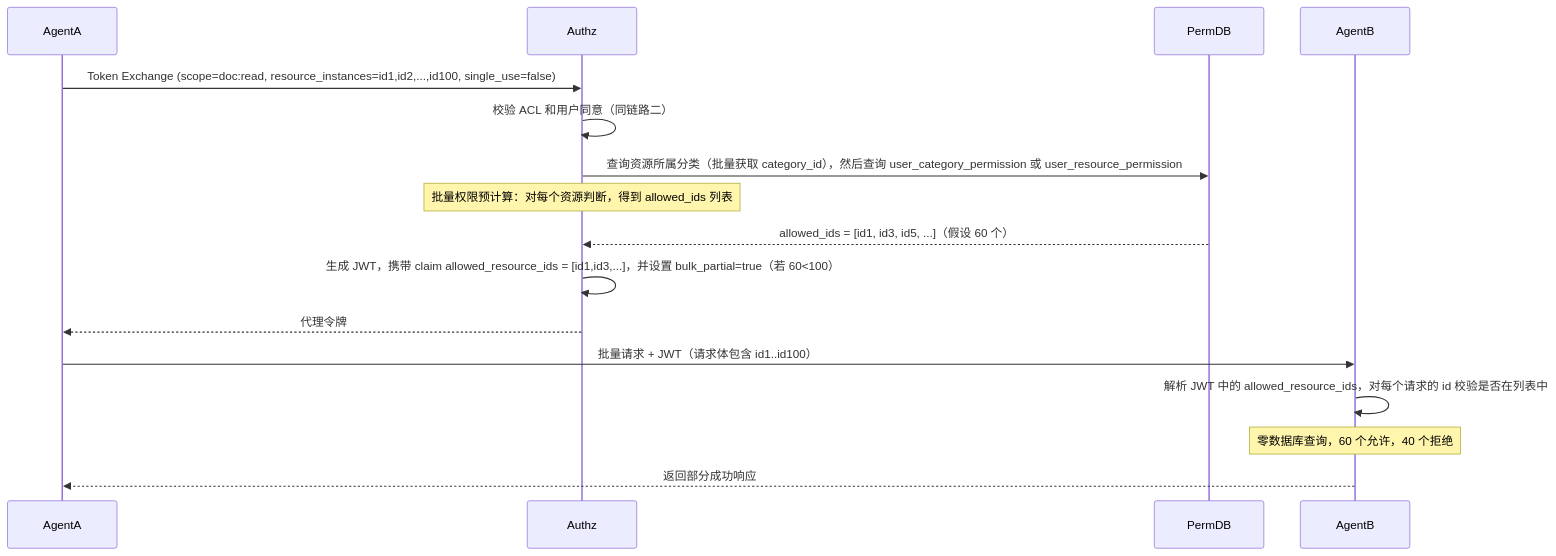
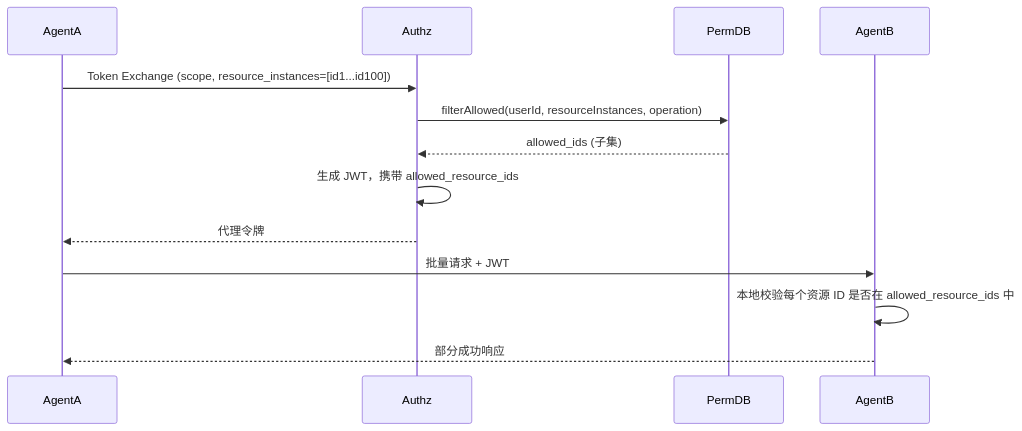
Before and after one commit to latcn/developer-knowledge: the third of 5 diagrams in security/A2A 权限系统架构设计文档.md, drawn with Mermaid. The commit also changed other lines of this file, not shown here.

````diff
--- a/security/A2A 权限系统架构设计文档.md
+++ b/security/A2A 权限系统架构设计文档.md
@@ -1135,19 +1231,16 @@
 ```mermaid
 sequenceDiagram
     participant AgentA
     participant Authz
     participant PermDB
     participant AgentB
 
-    AgentA->>Authz: Token Exchange (scope=doc:read, resource_instances=id1,id2,...,id100, single_use=false)
-    Authz->>Authz: 校验 ACL 和用户同意（同链路二）
-    Authz->>PermDB: 查询资源所属分类（批量获取 category_id），然后查询 user_category_permission 或 user_resource_permission
-    Note over Authz: 批量权限预计算：对每个资源判断，得到 allowed_ids 列表
-    PermDB-->>Authz: allowed_ids = [id1, id3, id5, ...]（假设 60 个）
-    Authz->>Authz: 生成 JWT，携带 claim allowed_resource_ids = [id1,id3,...]，并设置 bulk_partial=true（若 60<100）
+    AgentA->>Authz: Token Exchange (scope, resource_instances=[id1...id100])
+    Authz->>PermDB: filterAllowed(userId, resourceInstances, operation)
+    PermDB-->>Authz: allowed_ids (子集)
+    Authz->>Authz: 生成 JWT，携带 allowed_resource_ids
     Authz-->>AgentA: 代理令牌
-    AgentA->>AgentB: 批量请求 + JWT（请求体包含 id1..id100）
-    AgentB->>AgentB: 解析 JWT 中的 allowed_resource_ids，对每个请求的 id 校验是否在列表中
-    Note over AgentB: 零数据库查询，60 个允许，40 个拒绝
-    AgentB-->>AgentA: 返回部分成功响应
+    AgentA->>AgentB: 批量请求 + JWT
+    AgentB->>AgentB: 本地校验每个资源 ID 是否在 allowed_resource_ids 中
+    AgentB-->>AgentA: 部分成功响应
 ```
````
